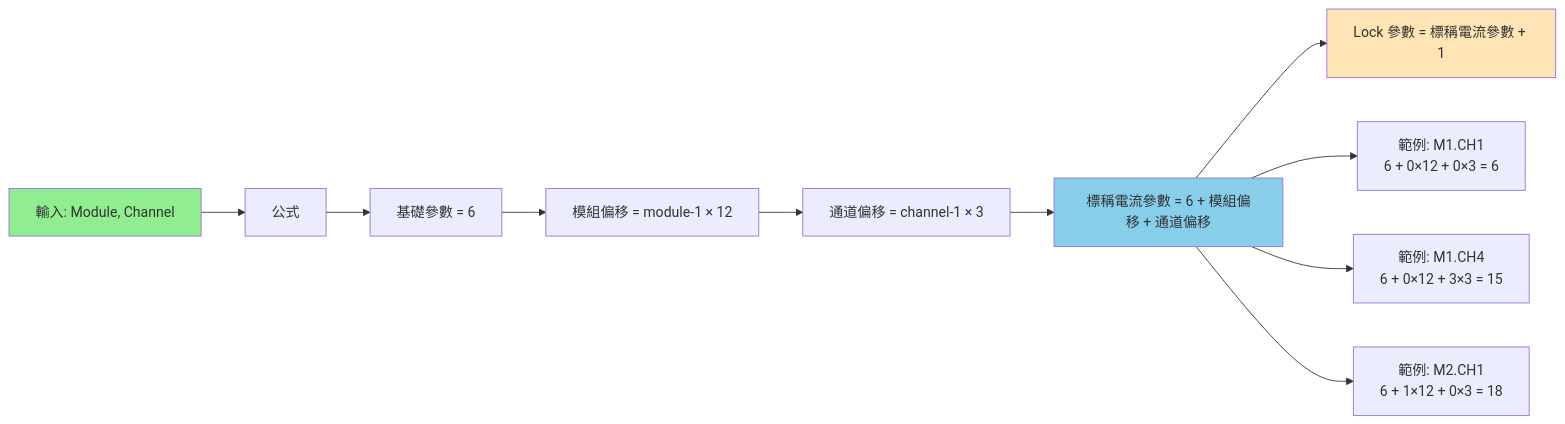
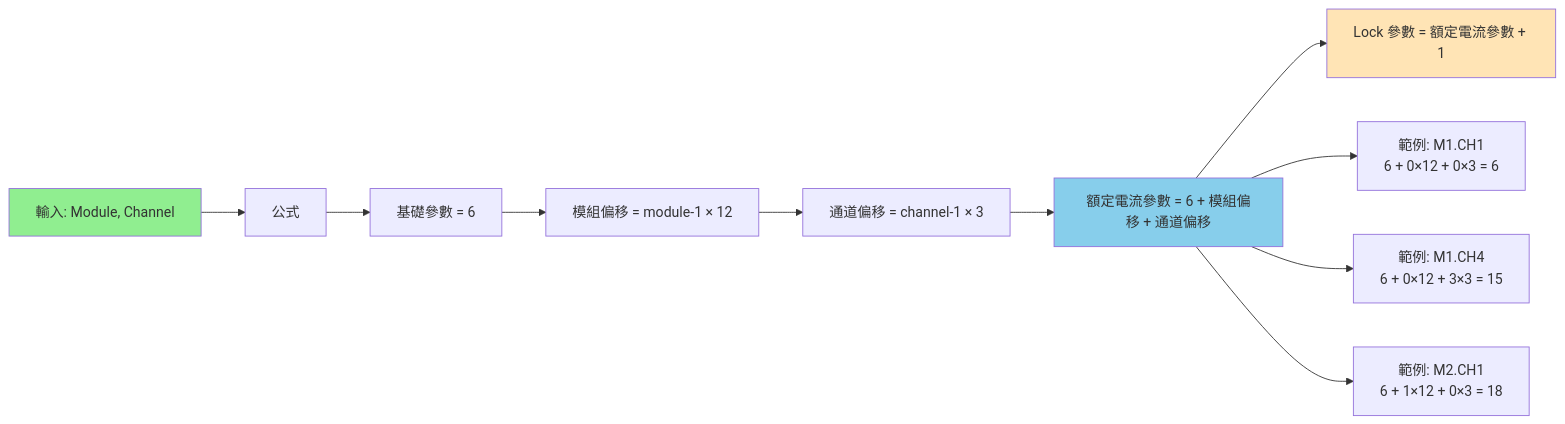
One commit to HarryChiuu/Caparoc changed the fourth of 14 diagrams in docs/history/PROGRAM_FLOWCHART.md. Above: the diagram before and after it, drawn with Mermaid. The commit also changed other lines of this file and 13 other files, not shown here.

````diff
--- a/docs/history/PROGRAM_FLOWCHART.md
+++ b/docs/history/PROGRAM_FLOWCHART.md
@@ -220,17 +220,17 @@
 ```mermaid
 flowchart LR
     Input[輸入: Module, Channel] --> Formula[公式]
     Formula --> Base[基礎參數 = 6]
     Base --> ModuleOff[模組偏移 = module-1 × 12]
     ModuleOff --> ChannelOff[通道偏移 = channel-1 × 3]
-    ChannelOff --> Nominal[標稱電流參數 = 6 + 模組偏移 + 通道偏移]
-    Nominal --> Lock[Lock 參數 = 標稱電流參數 + 1]
+    ChannelOff --> Nominal[額定電流參數 = 6 + 模組偏移 + 通道偏移]
+    Nominal --> Lock[Lock 參數 = 額定電流參數 + 1]
     
     Nominal --> Example1[範例: M1.CH1<br/>6 + 0×12 + 0×3 = 6]
     Nominal --> Example2[範例: M1.CH4<br/>6 + 0×12 + 3×3 = 15]
     Nominal --> Example3[範例: M2.CH1<br/>6 + 1×12 + 0×3 = 18]
     
     style Input fill:#90EE90
     style Nominal fill:#87CEEB
     style Lock fill:#FFE4B5
 ```
````
